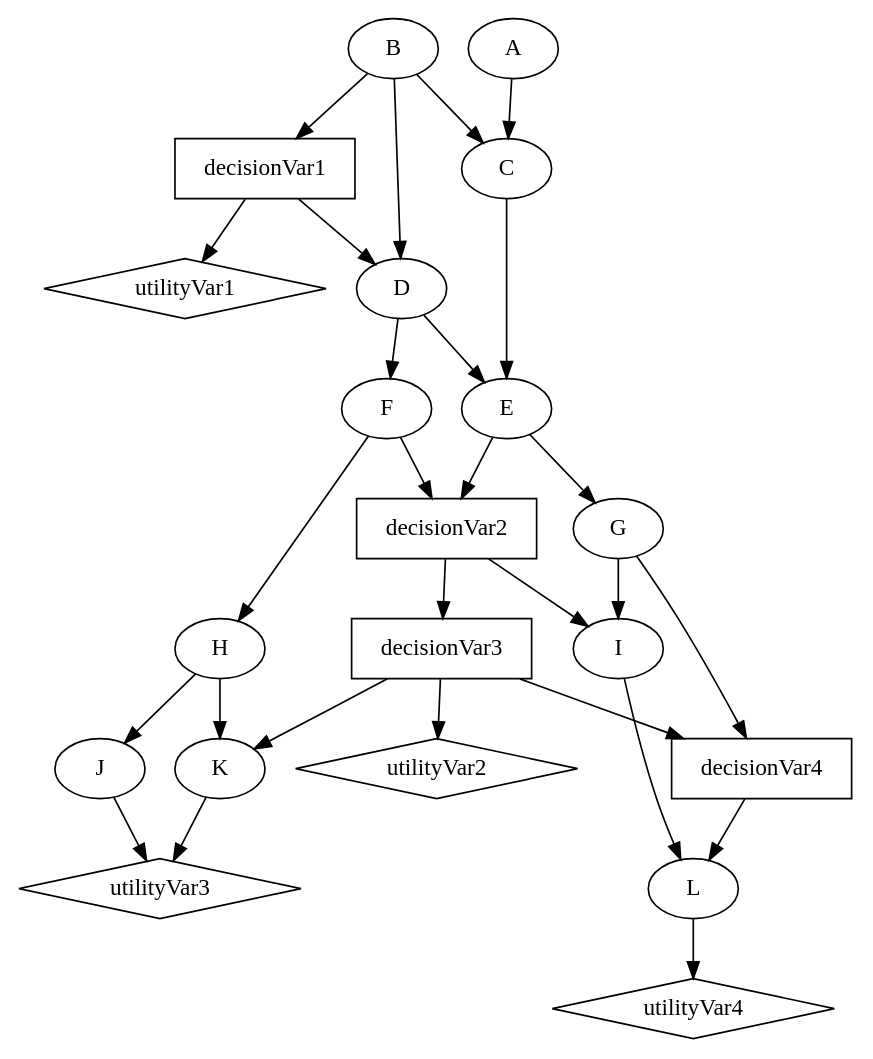
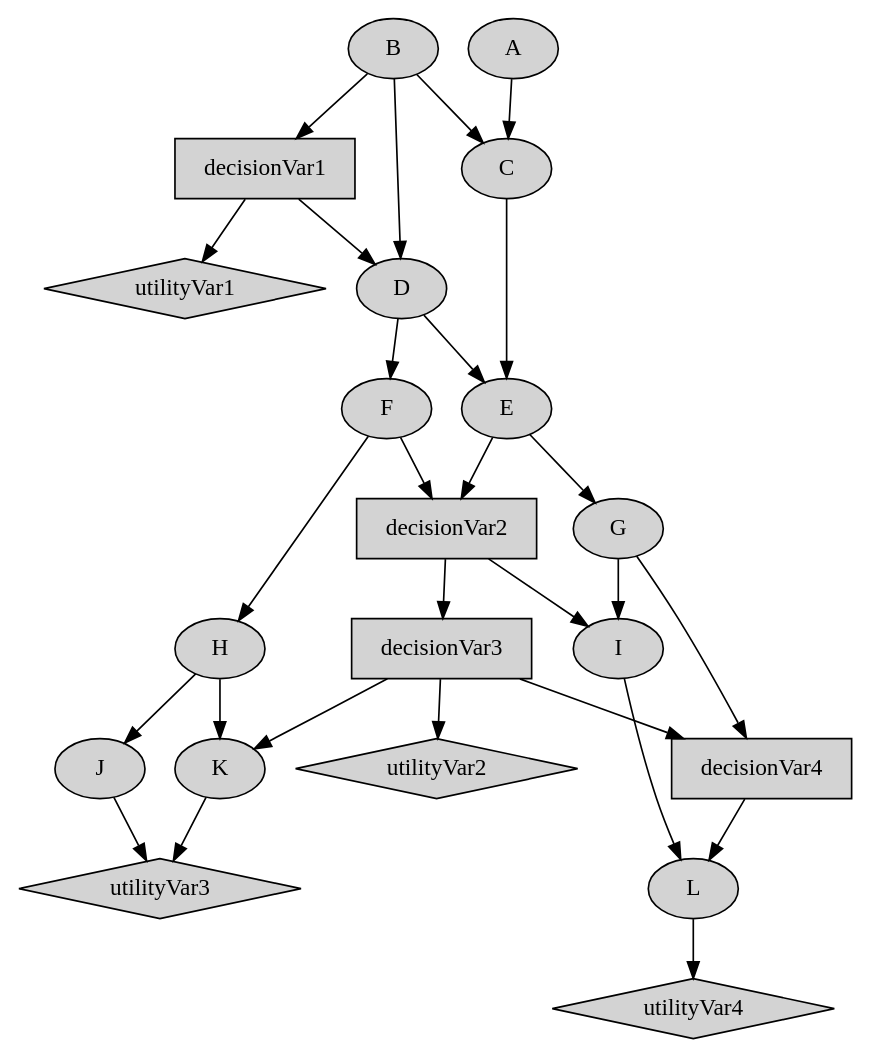
Before and after one commit to agrumery/aGrUM: the diagram in src/testunits/ressources/IDBeforeMoralisation.dot, drawn with Graphviz. The commit also changed 17 other files, not shown here.

Commit message:
Renaming + inference with evidence in Influence Diagram

```diff
--- a/src/testunits/ressources/IDBeforeMoralisation.dot
+++ b/src/testunits/ressources/IDBeforeMoralisation.dot
@@ -1,36 +1,37 @@
 digraph "no_name" {
+  node [bgcolor="#AAAAAA", style=filled];
 node [shape = box];
   decisionVar1;  decisionVar2;  decisionVar3;  decisionVar4;
 node [shape = diamond];
   utilityVar1;  utilityVar2;  utilityVar3;  utilityVar4;
 node [shape = ellipse];
   A;  B;  C;  D;  E;  F;  G;  H;  I;  J;  K;  L;
   decisionVar1 -> utilityVar1;
   decisionVar1 -> D;
   decisionVar2 -> I;
   decisionVar2 -> decisionVar3;
   decisionVar3 -> decisionVar4;
   decisionVar3 -> K;
   decisionVar3 -> utilityVar2;
   decisionVar4 -> L;
   A -> C;
   B -> C;
   B -> D;
   B -> decisionVar1;
   C -> E;
   D -> E;
   D -> F;
   E -> decisionVar2;
   E -> G;
   F -> H;
   F -> decisionVar2;
   G -> decisionVar4;
   G -> I;
   H -> K;
   H -> J;
   I -> L;
   J -> utilityVar3;
   K -> utilityVar3;
   L -> utilityVar4;
 
 }
```
